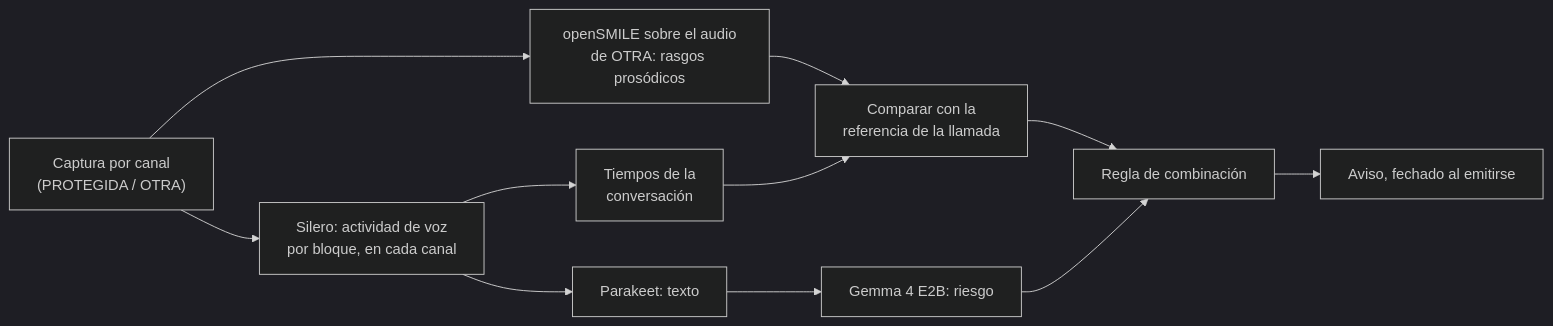
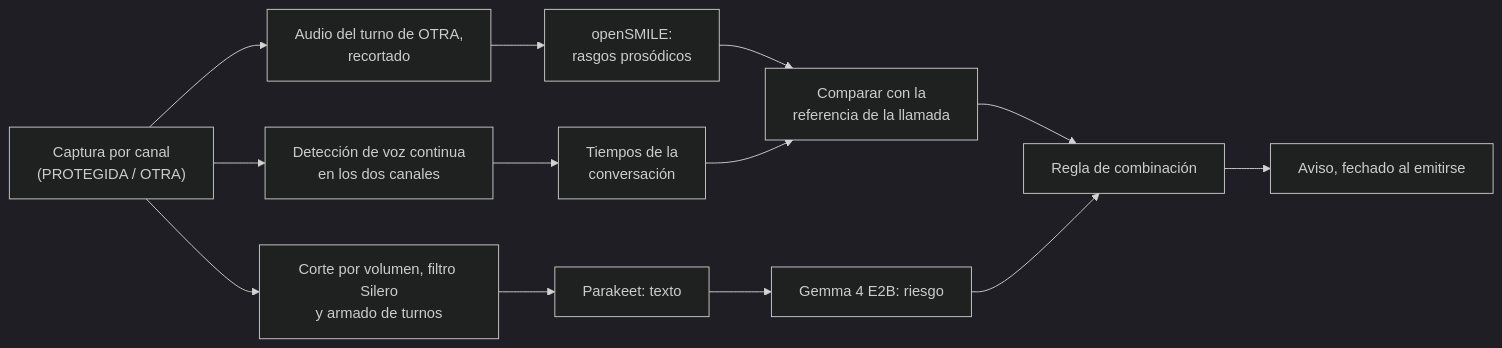
One commit to Corchets/bitacora_tesis changed the diagram in docs/investigacion/MEJORA-FUTURA-ANALISIS-ACUSTICO.md. Above: the diagram before and after it, drawn with Mermaid (dark theme). The commit also changed other lines of this file and 1 other file, not shown here.

````diff
--- a/docs/investigacion/MEJORA-FUTURA-ANALISIS-ACUSTICO.md
+++ b/docs/investigacion/MEJORA-FUTURA-ANALISIS-ACUSTICO.md
@@ -114,12 +135,12 @@
 ```mermaid
 flowchart LR
-    C["Captura por canal<br/>(PROTEGIDA / OTRA)"] --> S["Silero: actividad de voz<br/>por bloque, en cada canal"]
-    S --> T["Tiempos de la<br/>conversación"]
-    S --> P["Parakeet: texto"] --> G["Gemma 4 E2B: riesgo"]
-    C --> O["openSMILE sobre el audio<br/>de OTRA: rasgos prosódicos"]
+    C["Captura por canal<br/>(PROTEGIDA / OTRA)"] --> V["Corte por volumen, filtro Silero<br/>y armado de turnos"]
+    V --> P["Parakeet: texto"] --> G["Gemma 4 E2B: riesgo"]
+    C --> S["Detección de voz continua<br/>en los dos canales"] --> T["Tiempos de la<br/>conversación"]
+    C --> B["Audio del turno de OTRA,<br/>recortado"] --> O["openSMILE:<br/>rasgos prosódicos"]
     O --> N["Comparar con la<br/>referencia de la llamada"]
     T --> N
     N --> R["Regla de combinación"]
     G --> R
     R --> AV["Aviso, fechado al emitirse"]
 ```
````
